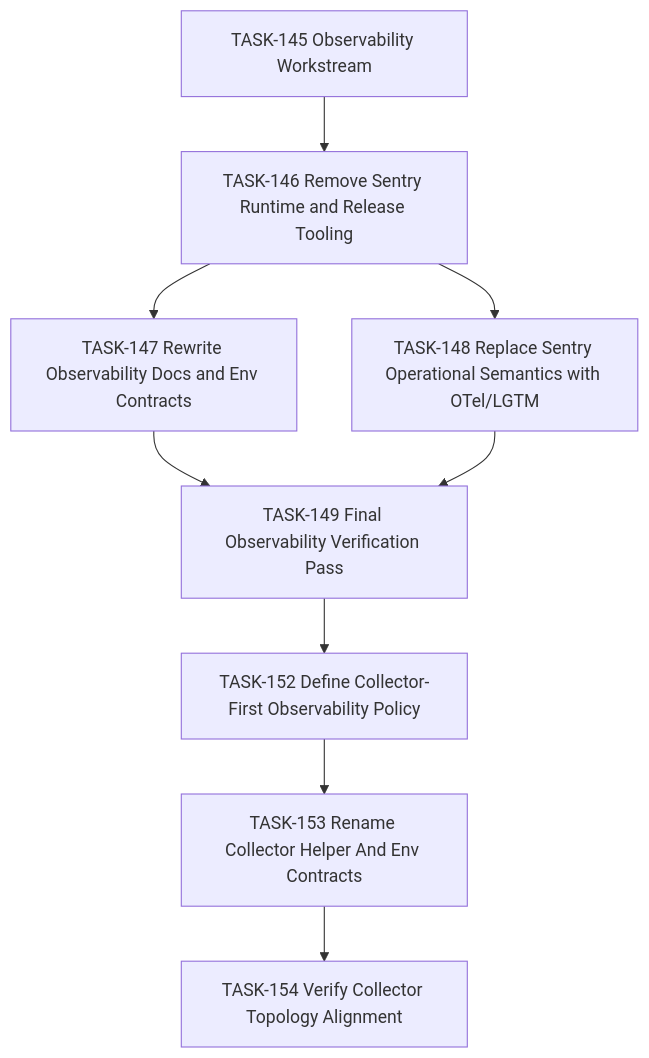
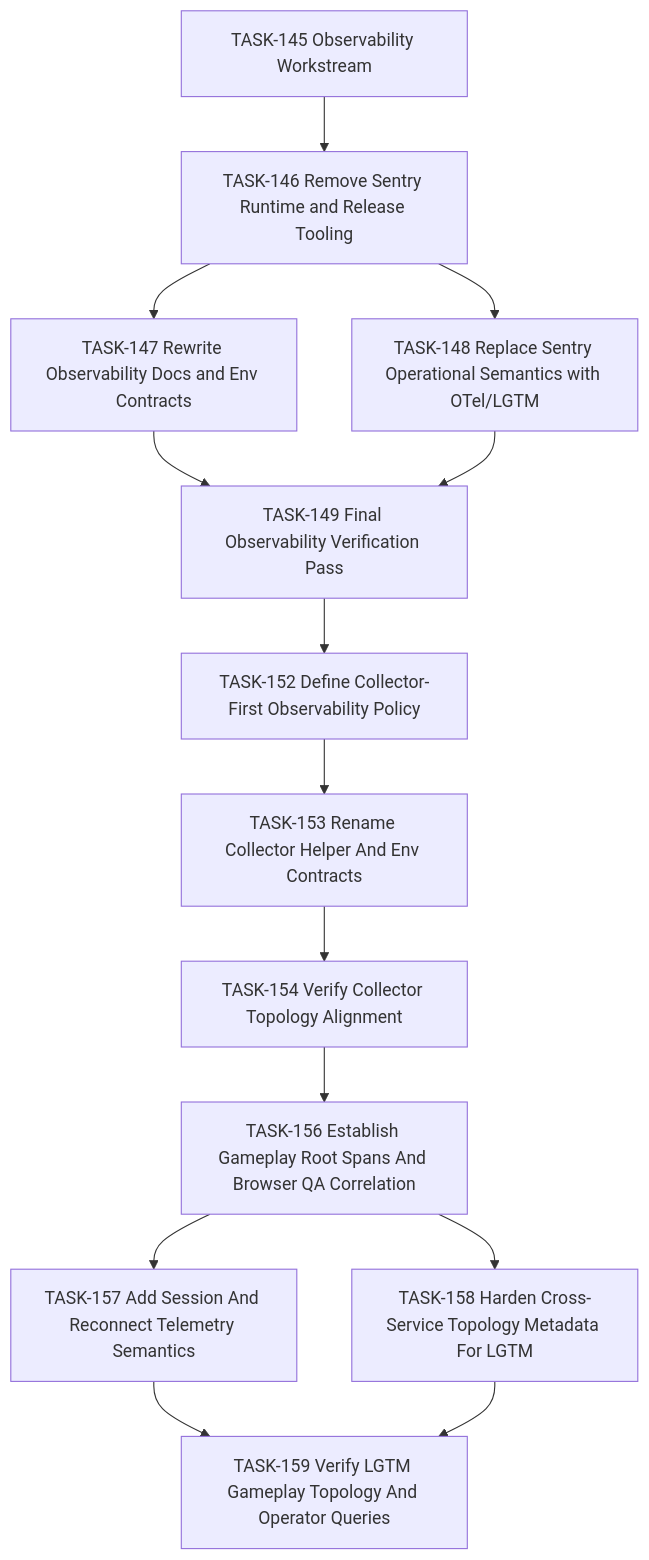
Before and after one commit to phalanxduel/phalanxduel: the diagram in backlog/tasks/task-145 - Workstream-OTel-native-Observability-Migration.md, drawn with Mermaid. The commit also changed other lines of this file and 11 other files, not shown here.

Commit message:
otel: harden gameplay topology metadata

````diff
--- a/backlog/tasks/task-145 - Workstream-OTel-native-Observability-Migration.md
+++ b/backlog/tasks/task-145 - Workstream-OTel-native-Observability-Migration.md
@@ -39,20 +39,29 @@
 ```mermaid
 graph TD
   T145[TASK-145 Observability Workstream]
   T146[TASK-146 Remove Sentry Runtime and Release Tooling]
   T147[TASK-147 Rewrite Observability Docs and Env Contracts]
   T148[TASK-148 Replace Sentry Operational Semantics with OTel/LGTM]
   T149[TASK-149 Final Observability Verification Pass]
   T152[TASK-152 Define Collector-First Observability Policy]
   T153[TASK-153 Rename Collector Helper And Env Contracts]
   T154[TASK-154 Verify Collector Topology Alignment]
+  T156[TASK-156 Establish Gameplay Root Spans And Browser QA Correlation]
+  T157[TASK-157 Add Session And Reconnect Telemetry Semantics]
+  T158[TASK-158 Harden Cross-Service Topology Metadata For LGTM]
+  T159[TASK-159 Verify LGTM Gameplay Topology And Operator Queries]
 
   T145 --> T146
   T146 --> T147
   T146 --> T148
   T147 --> T149
   T148 --> T149
   T149 --> T152
   T152 --> T153
   T153 --> T154
+  T154 --> T156
+  T156 --> T157
+  T156 --> T158
+  T157 --> T159
+  T158 --> T159
 ```
````
